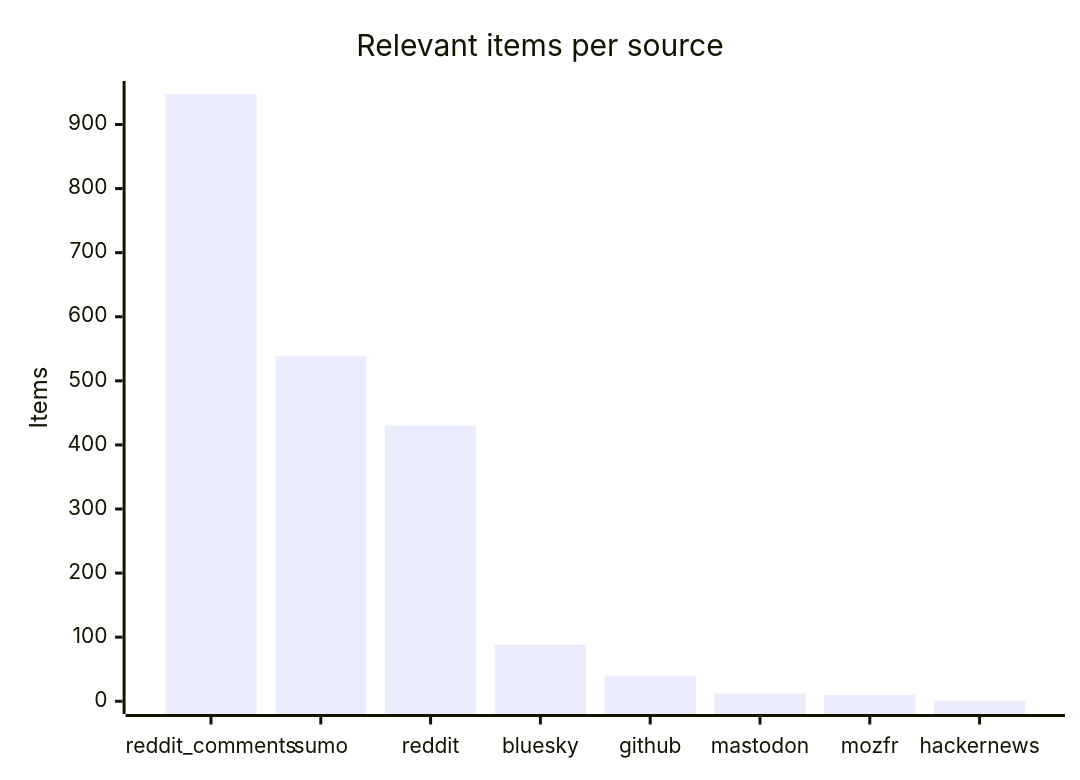
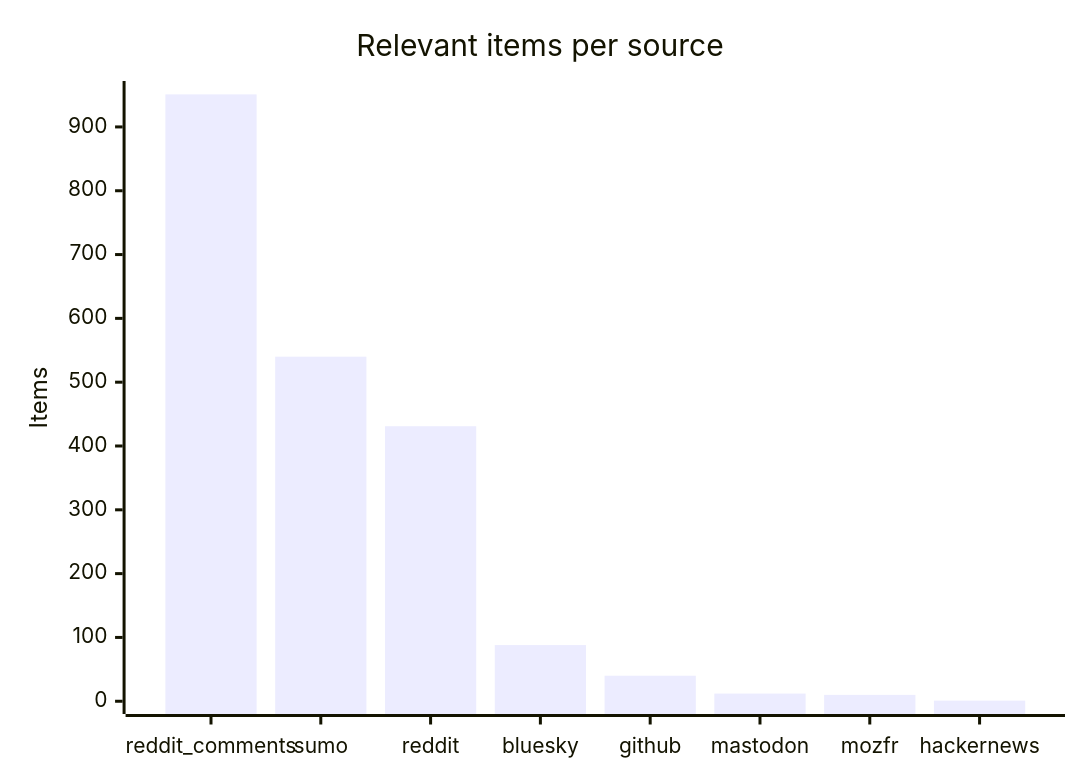
Before and after one commit to martinbalfanz/social-scanner-reports: the third of 4 diagrams in README.md, drawn with Mermaid. The commit also changed other lines of this file and 4 other files, not shown here.

````diff
--- a/README.md
+++ b/README.md
@@ -48,7 +48,7 @@
 ```mermaid
 xychart-beta
     title "Relevant items per source"
     x-axis ["reddit_comments", "sumo", "reddit", "bluesky", "github", "mastodon", "mozfr", "hackernews"]
-    y-axis "Items" 0 --> 948
-    bar [947, 539, 430, 88, 40, 12, 10, 1]
+    y-axis "Items" 0 --> 952
+    bar [951, 540, 431, 88, 40, 12, 10, 1]
 ```
````
